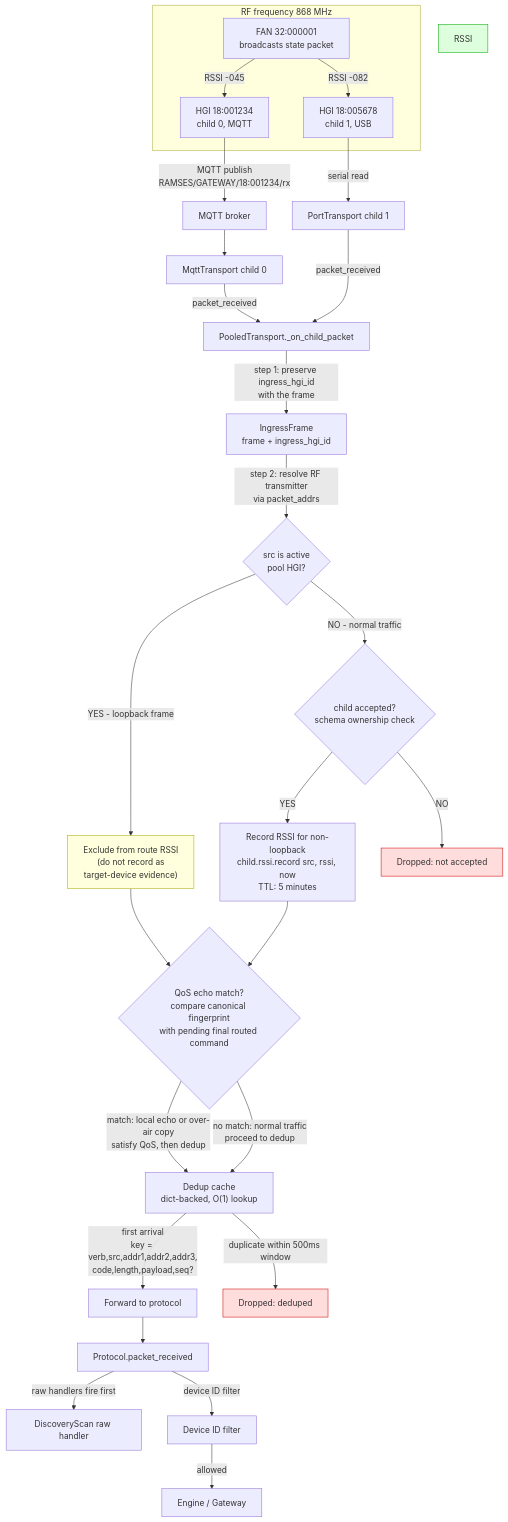
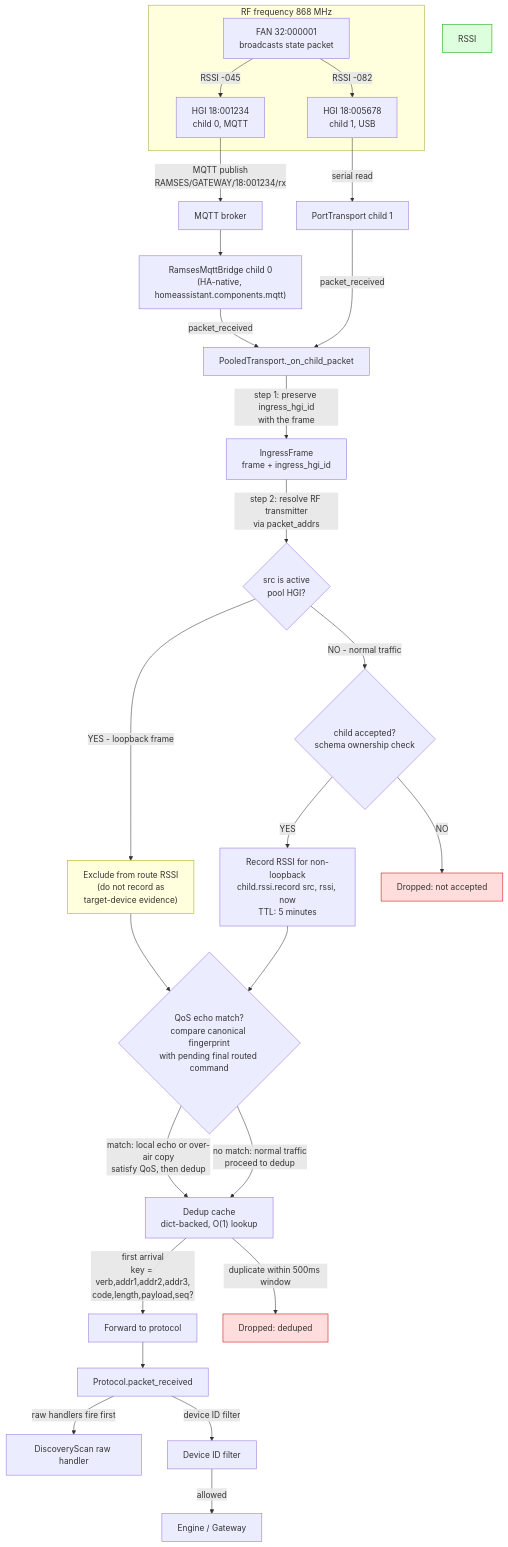
Before and after one commit to ramses-rf/ramses_cc: the diagram in docs/diagrams/01_inbound_dedup.md, drawn with Mermaid. The commit also changed other lines of this file and 5 other files, not shown here.

First line of the commit message:
fix: reconcile serialx pin, update diagrams (issue 1119)

````diff
--- a/docs/diagrams/01_inbound_dedup.md
+++ b/docs/diagrams/01_inbound_dedup.md
@@ -3,43 +3,43 @@
 ```mermaid
 flowchart TD
     FAN["FAN 32:000001<br/>broadcasts state packet"]
 
     subgraph RF["RF frequency 868 MHz"]
         FAN -->|"RSSI -045"| HGI1["HGI 18:001234<br/>child 0, MQTT"]
         FAN -->|"RSSI -082"| HGI2["HGI 18:005678<br/>child 1, USB"]
     end
 
     HGI1 -->|"MQTT publish<br/>RAMSES/GATEWAY/18:001234/rx"| MQTT["MQTT broker"]
-    MQTT --> MqttTransport0["MqttTransport child 0"]
+    MQTT --> MqttBridge0["RamsesMqttBridge child 0<br/>(HA-native, homeassistant.components.mqtt)"]
     HGI2 -->|"serial read"| PortTransport1["PortTransport child 1"]
 
-    MqttTransport0 -->|"packet_received"| Pool["PooledTransport._on_child_packet"]
+    MqttBridge0 -->|"packet_received"| Pool["PooledTransport._on_child_packet"]
     PortTransport1 -->|"packet_received"| Pool
 
     Pool -->|"step 1: preserve ingress_hgi_id<br/>with the frame"| Provenance["IngressFrame<br/>frame + ingress_hgi_id"]
     Provenance -->|"step 2: resolve RF transmitter<br/>via packet_addrs"| LoopCheck{"src is active<br/>pool HGI?"}
     LoopCheck -->|"NO - normal traffic"| AcceptCheck{"child accepted?<br/>schema ownership check"}
     LoopCheck -->|"YES - loopback frame"| LoopTag["Exclude from route RSSI<br/>(do not record as<br/>target-device evidence)"]
 
     AcceptCheck -->|"YES"| RecordRSSI["Record RSSI for non-loopback<br/>child.rssi.record src, rssi, now<br/>TTL: 5 minutes"]
     AcceptCheck -->|"NO"| Drop["Dropped: not accepted"]
 
     LoopTag --> EchoCheck{"QoS echo match?<br/>compare canonical fingerprint<br/>with pending final routed command"}
     RecordRSSI --> EchoCheck
 
     EchoCheck -->|"match: local echo or over-air copy<br/>satisfy QoS, then dedup"| Dedup["Dedup cache<br/>dict-backed, O(1) lookup"]
     EchoCheck -->|"no match: normal traffic<br/>proceed to dedup"| Dedup
 
-    Dedup -->|"first arrival<br/>key = verb,src,addr1,addr2,addr3,<br/>code,length,payload,seq?"| Forward["Forward to protocol"]
+    Dedup -->|"first arrival<br/>key = verb,addr1,addr2,addr3,<br/>code,length,payload,seq?"| Forward["Forward to protocol"]
     Dedup -->|"duplicate within 500ms window"| DedupDrop["Dropped: deduped"]
 
     Forward --> Proto["Protocol.packet_received"]
     Proto -->|"raw handlers fire first"| Scan["DiscoveryScan raw handler"]
     Proto -->|"device ID filter"| Filter["Device ID filter"]
     Filter -->|"allowed"| Engine["Engine / Gateway"]
 
     style DedupDrop fill:#fdd,stroke:#c00
     style Drop fill:#fdd,stroke:#c00
     style RSSI fill:#dfd,stroke:#0a0
     style LoopTag fill:#ffd,stroke:#aa0
 ```
````
